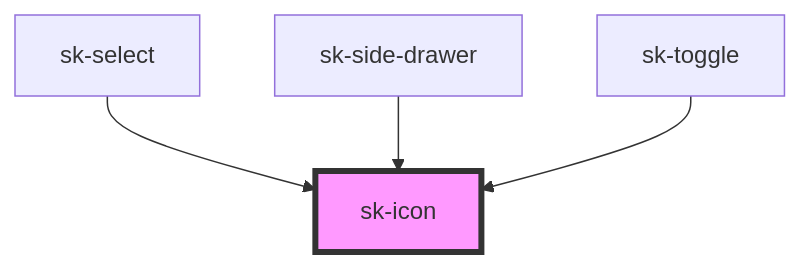
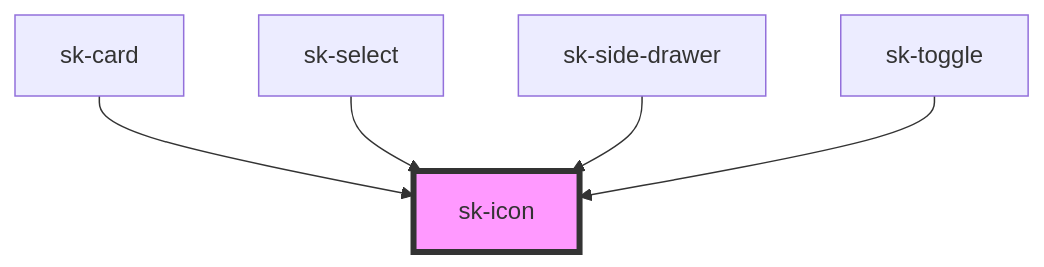
Before and after one commit to shincke/sk-toolkit: the diagram in web-components-stencil/src/components/sk-icon/readme.md, drawn with Mermaid. The commit also changed other lines of this file and 16 other files, not shown here.

````diff
--- a/web-components-stencil/src/components/sk-icon/readme.md
+++ b/web-components-stencil/src/components/sk-icon/readme.md
@@ -33,7 +34,8 @@
 ```mermaid
 graph TD;
+  sk-card --> sk-icon
   sk-select --> sk-icon
   sk-side-drawer --> sk-icon
   sk-toggle --> sk-icon
   style sk-icon fill:#f9f,stroke:#333,stroke-width:4px
 ```
````
